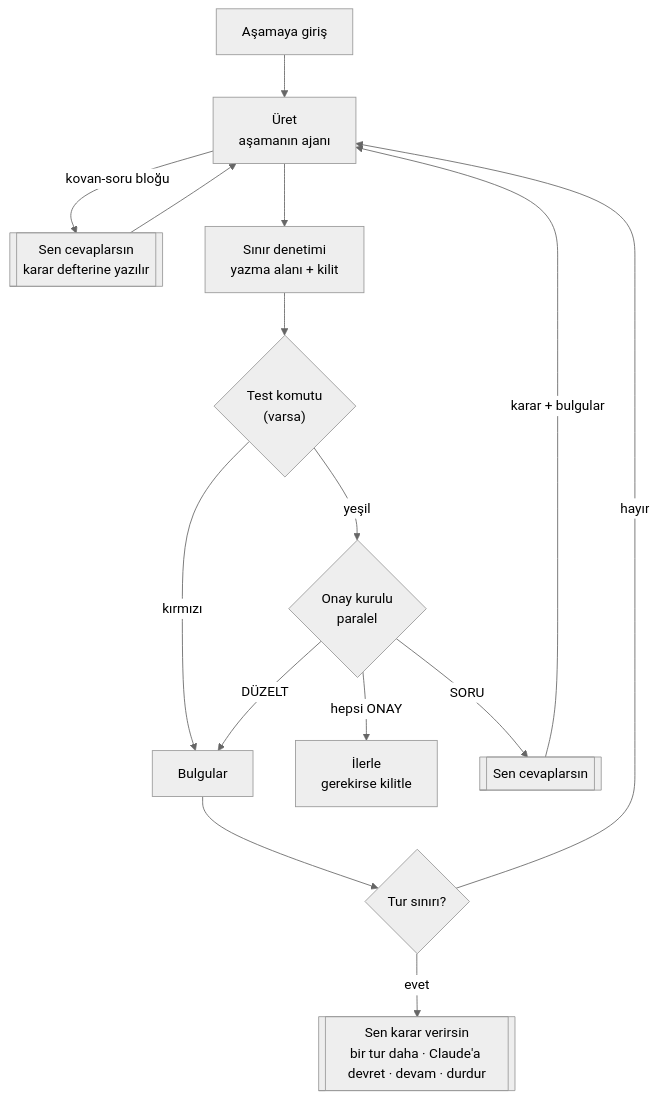
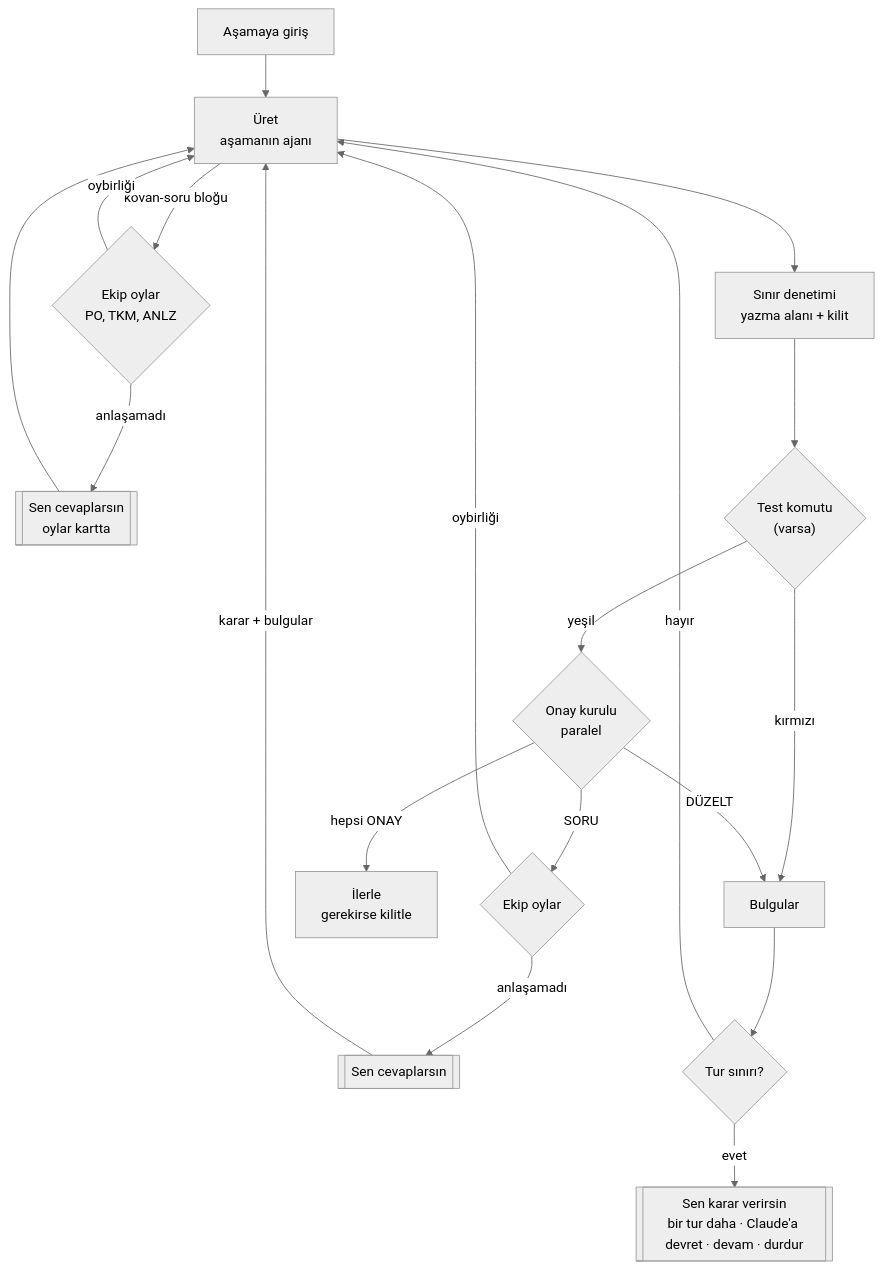
Before and after one commit to kagantantan/kovan: the second of 6 diagrams in README.md, drawn with Mermaid (neutral theme). The commit also changed other lines of this file and 57 other files, not shown here.

````diff
--- a/README.md
+++ b/README.md
@@ -94,17 +105,21 @@
 ```mermaid
 flowchart TD
     G["Aşamaya giriş"] --> U["Üret<br/>aşamanın ajanı"]
-    U -->|"kovan-soru bloğu"| SQ[["Sen cevaplarsın<br/>karar defterine yazılır"]]
+    U -->|"kovan-soru bloğu"| OK{"Ekip oylar<br/>PO, TKM, ANLZ"}
+    OK -->|oybirliği| U
+    OK -->|anlaşamadı| SQ[["Sen cevaplarsın<br/>oylar kartta"]]
     SQ --> U
     U --> SN["Sınır denetimi<br/>yazma alanı + kilit"]
     SN --> TK{"Test komutu<br/>(varsa)"}
     TK -->|kırmızı| B["Bulgular"]
     TK -->|yeşil| KU{"Onay kurulu<br/>paralel"}
     KU -->|hepsi ONAY| IL["İlerle<br/>gerekirse kilitle"]
     KU -->|DÜZELT| B
-    KU -->|SORU| SK[["Sen cevaplarsın"]]
+    KU -->|SORU| OK2{"Ekip oylar"}
+    OK2 -->|oybirliği| U
+    OK2 -->|anlaşamadı| SK[["Sen cevaplarsın"]]
     SK -->|"karar + bulgular"| U
     B --> TS{"Tur sınırı?"}
     TS -->|hayır| U
     TS -->|evet| H[["Sen karar verirsin<br/>bir tur daha · Claude'a devret · devam · durdur"]]
 ```
````
